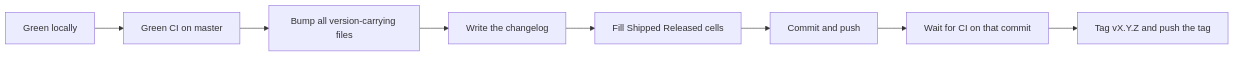
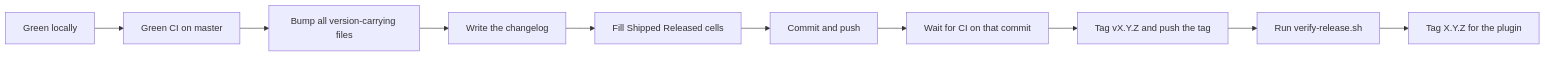
The second of 2 diagrams in docs/releasing.md (michal-niedzwiedzki/visimark), drawn with Mermaid before and after one commit. The commit also changed other lines of this file and 35 other files, not shown here.

````diff
--- a/docs/releasing.md
+++ b/docs/releasing.md
@@ -310,10 +325,12 @@
 ```mermaid
 flowchart LR
   local[Green locally] --> ci[Green CI on master]
   ci --> bump[Bump all version-carrying files]
   bump --> cl[Write the changelog]
   cl --> promo[Fill Shipped Released cells]
   promo --> commit[Commit and push]
   commit --> wait[Wait for CI on that commit]
   wait --> tag[Tag vX.Y.Z and push the tag]
+  tag --> verify[Run verify-release.sh]
+  verify --> otag[Tag X.Y.Z for the plugin]
 ```
````
